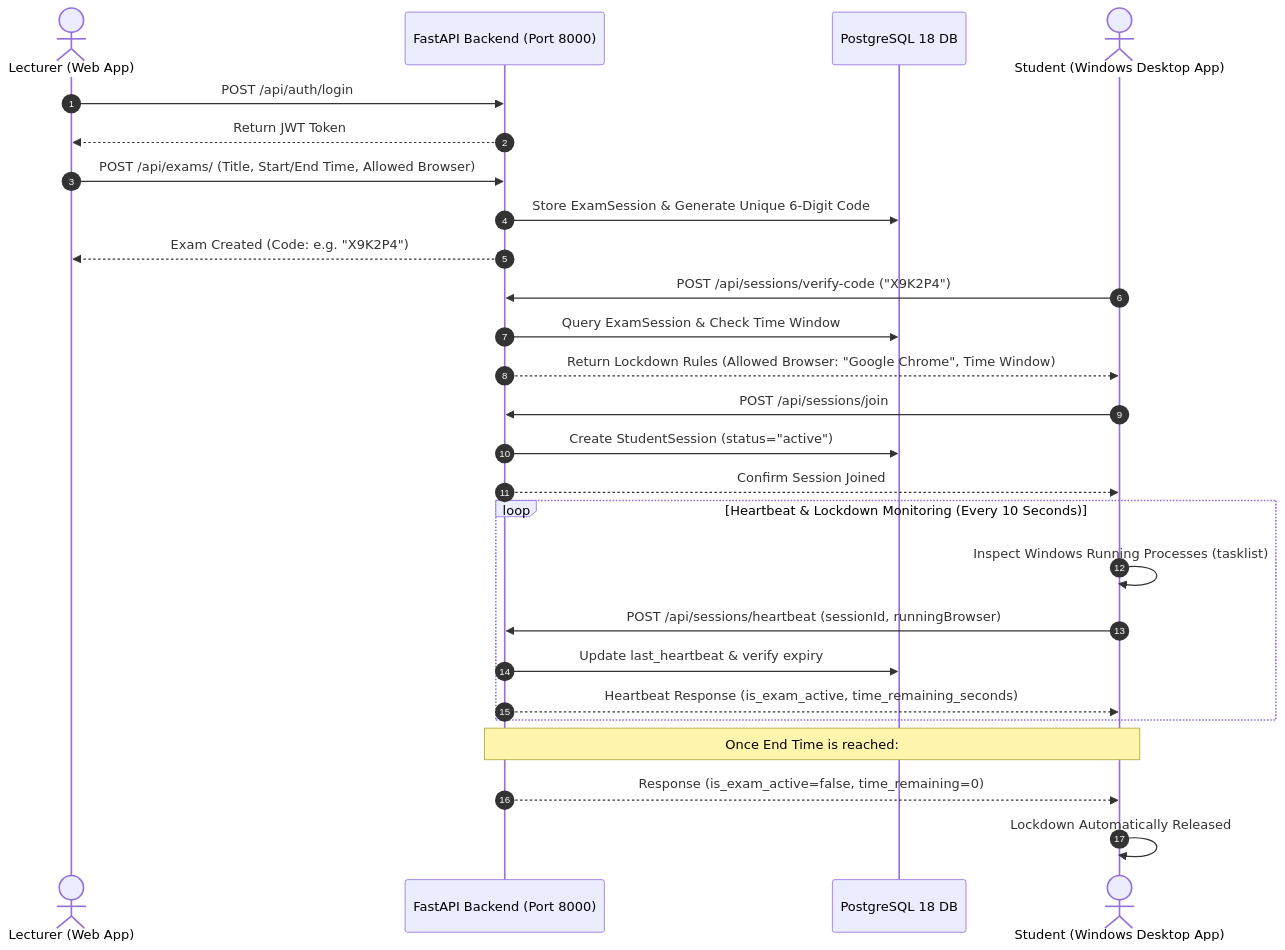
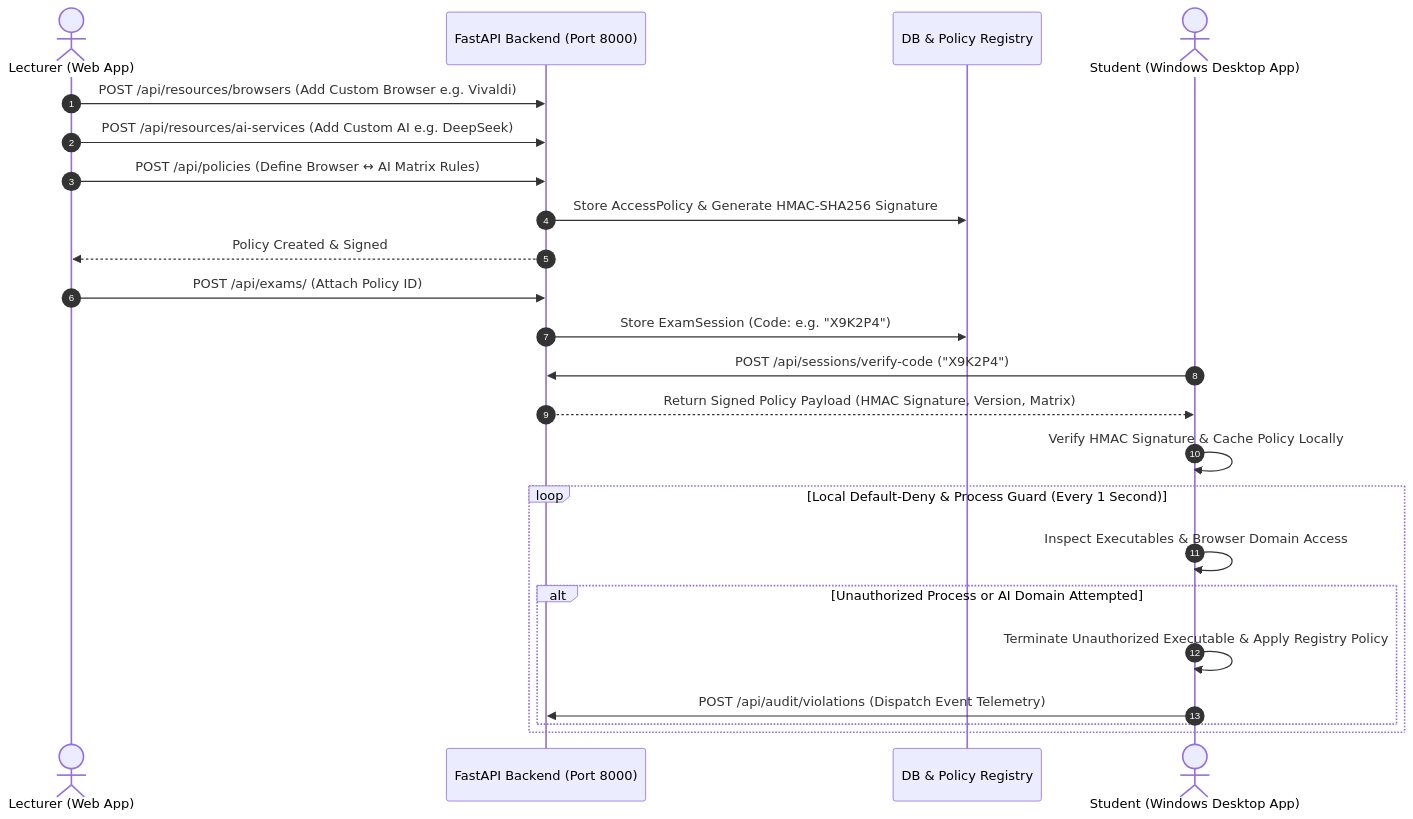
Before and after one commit to LAPNETLELICA/kasim: the diagram in docs/ARCHITECTURE.md, drawn with Mermaid. The commit also changed other lines of this file and 33 other files, not shown here.

Commit message:
feat: implement policy-based access control system with default-deny engine

````diff
--- a/docs/ARCHITECTURE.md
+++ b/docs/ARCHITECTURE.md
@@ -44,34 +55,29 @@
 ```mermaid
 sequenceDiagram
     autonumber
     actor Lecturer as Lecturer (Web App)
     participant Backend as FastAPI Backend (Port 8000)
-    participant DB as PostgreSQL 18 DB
+    participant DB as DB & Policy Registry
     actor Student as Student (Windows Desktop App)
 
-    Lecturer->>Backend: POST /api/auth/login
-    Backend-->>Lecturer: Return JWT Token
+    Lecturer->>Backend: POST /api/resources/browsers (Add Custom Browser e.g. Vivaldi)
+    Lecturer->>Backend: POST /api/resources/ai-services (Add Custom AI e.g. DeepSeek)
+    Lecturer->>Backend: POST /api/policies (Define Browser ↔ AI Matrix Rules)
+    Backend->>DB: Store AccessPolicy & Generate HMAC-SHA256 Signature
+    Backend-->>Lecturer: Policy Created & Signed
 
-    Lecturer->>Backend: POST /api/exams/ (Title, Start/End Time, Allowed Browser)
-    Backend->>DB: Store ExamSession & Generate Unique 6-Digit Code
-    Backend-->>Lecturer: Exam Created (Code: e.g. "X9K2P4")
+    Lecturer->>Backend: POST /api/exams/ (Attach Policy ID)
+    Backend->>DB: Store ExamSession (Code: e.g. "X9K2P4")
 
     Student->>Backend: POST /api/sessions/verify-code ("X9K2P4")
-    Backend->>DB: Query ExamSession & Check Time Window
-    Backend-->>Student: Return Lockdown Rules (Allowed Browser: "Google Chrome", Time Window)
+    Backend-->>Student: Return Signed Policy Payload (HMAC Signature, Version, Matrix)
+    Student->>Student: Verify HMAC Signature & Cache Policy Locally
 
-    Student->>Backend: POST /api/sessions/join
-    Backend->>DB: Create StudentSession (status="active")
-    Backend-->>Student: Confirm Session Joined
-
-    loop Heartbeat & Lockdown Monitoring (Every 10 Seconds)
-        Student->>Student: Inspect Windows Running Processes (tasklist)
-        Student->>Backend: POST /api/sessions/heartbeat (sessionId, runningBrowser)
-        Backend->>DB: Update last_heartbeat & verify expiry
-        Backend-->>Student: Heartbeat Response (is_exam_active, time_remaining_seconds)
+    loop Local Default-Deny & Process Guard (Every 1 Second)
+        Student->>Student: Inspect Executables & Browser Domain Access
+        alt Unauthorized Process or AI Domain Attempted
+            Student->>Student: Terminate Unauthorized Executable & Apply Registry Policy
+            Student->>Backend: POST /api/audit/violations (Dispatch Event Telemetry)
+        end
     end
-
-    note over Student,Backend: Once End Time is reached:
-    Backend-->>Student: Response (is_exam_active=false, time_remaining=0)
-    Student->>Student: Lockdown Automatically Released
 ```
````
